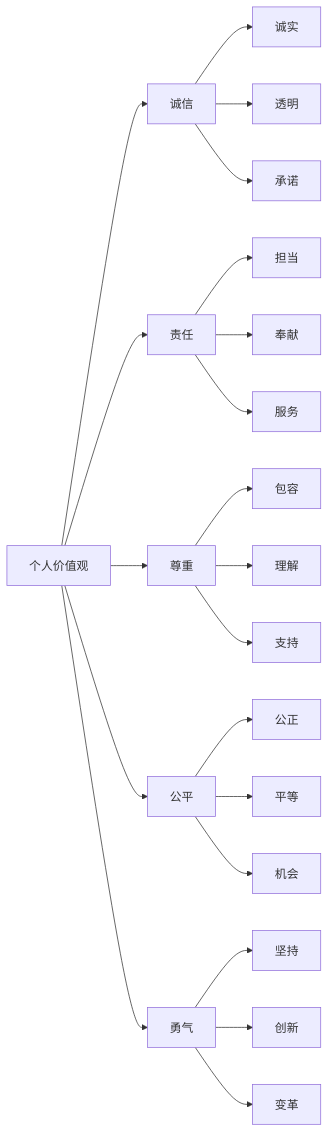
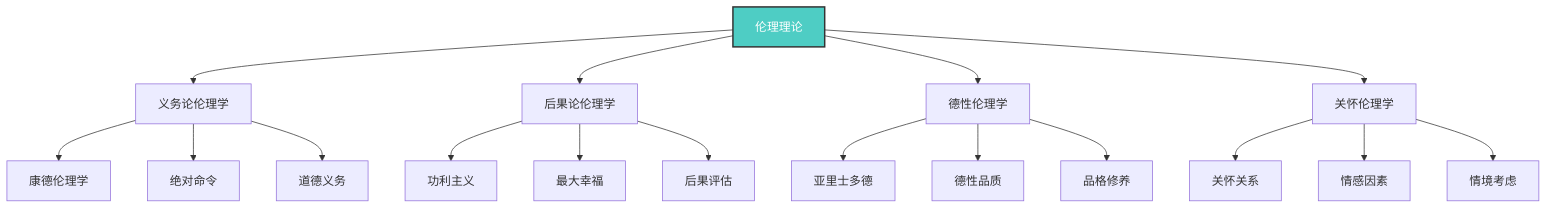
One commit to Anping2017/obsidian changed the second of 6 diagrams in 企业领导力/01-基础认知层/05-领导力伦理与价值观.md. Above: the diagram before and after it, drawn with Mermaid. The commit also changed other lines of this file and 8 other files, not shown here.

````diff
--- a/企业领导力/01-基础认知层/05-领导力伦理与价值观.md
+++ b/企业领导力/01-基础认知层/05-领导力伦理与价值观.md
@@ -54,28 +43,25 @@
 ```mermaid
-graph LR
-    A[个人价值观] --> B[诚信]
-    A --> C[责任]
-    A --> D[尊重]
-    A --> E[公平]
-    A --> F[勇气]
+graph TD
+    A[伦理理论] --> B[义务论伦理学]
+    A --> C[后果论伦理学]
+    A --> D[德性伦理学]
+    A --> E[关怀伦理学]
     
-    B --> B1[诚实]
-    B --> B2[透明]
-    B --> B3[承诺]
+    B --> B1[康德伦理学]
+    B --> B2[绝对命令]
+    B --> B3[道德义务]
     
-    C --> C1[担当]
-    C --> C2[奉献]
-    C --> C3[服务]
+    C --> C1[功利主义]
+    C --> C2[最大幸福]
+    C --> C3[后果评估]
     
-    D --> D1[包容]
-    D --> D2[理解]
-    D --> D3[支持]
+    D --> D1[亚里士多德]
+    D --> D2[德性品质]
+    D --> D3[品格修养]
     
-    E --> E1[公正]
-    E --> E2[平等]
-    E --> E3[机会]
+    E --> E1[关怀关系]
+    E --> E2[情感因素]
+    E --> E3[情境考虑]
     
-    F --> F1[坚持]
-    F --> F2[创新]
-    F --> F3[变革]
+    style A fill:#4ecdc4,stroke:#333,stroke-width:2px,color:#fff
 ```
````
